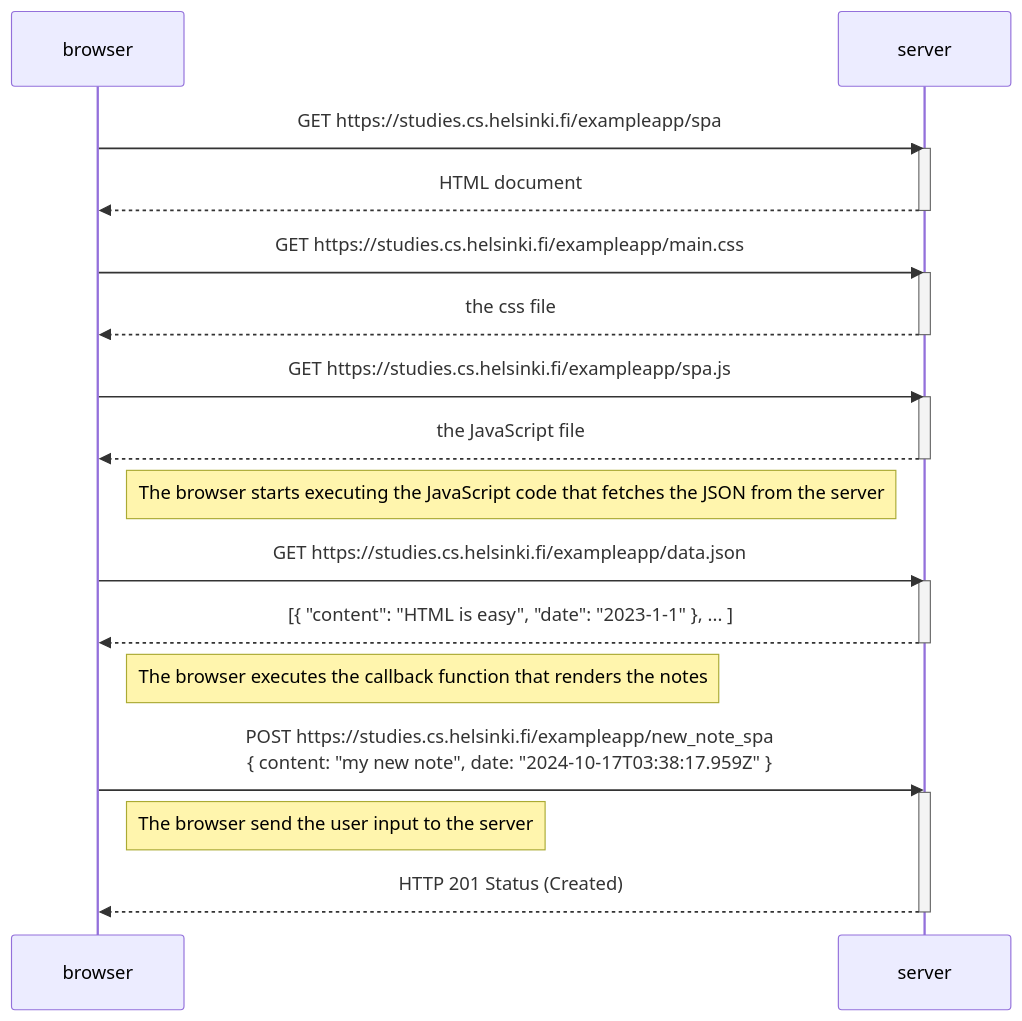
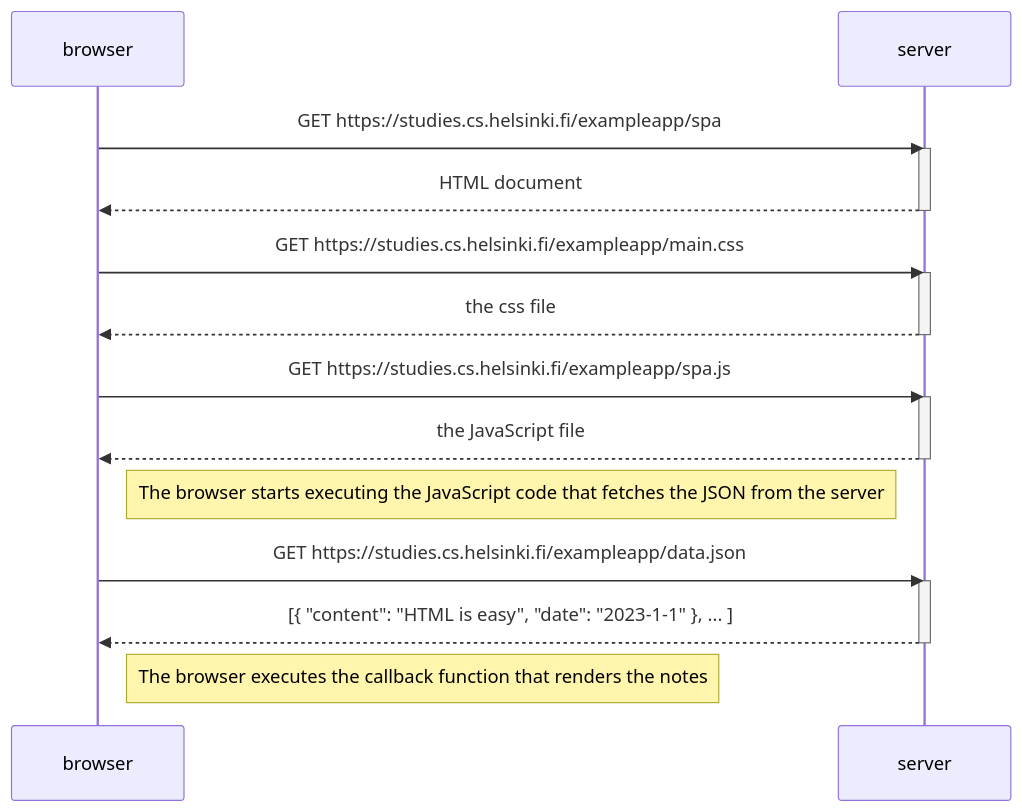
The diagram in part0/05-single-page-app-diagram/sequence-diagram.mmd (hnakao/full-stack-open), drawn with Mermaid before and after one commit.

Commit message:
Remove step from diagram

```diff
--- a/part0/05-single-page-app-diagram/sequence-diagram.mmd
+++ b/part0/05-single-page-app-diagram/sequence-diagram.mmd
@@ -1,35 +1,27 @@
 sequenceDiagram
     participant browser
     participant server
 
     browser->>server: GET https://studies.cs.helsinki.fi/exampleapp/spa
     activate server    
     server-->>browser: HTML document
     deactivate server
 
     browser->>server: GET https://studies.cs.helsinki.fi/exampleapp/main.css
     activate server
     server-->>browser: the css file
     deactivate server
 
     browser->>server: GET https://studies.cs.helsinki.fi/exampleapp/spa.js
     activate server
     server-->>browser: the JavaScript file
     deactivate server
 
     Note right of browser: The browser starts executing the JavaScript code that fetches the JSON from the server
 
     browser->>server: GET https://studies.cs.helsinki.fi/exampleapp/data.json
     activate server
     server-->>browser: [{ "content": "HTML is easy", "date": "2023-1-1" }, ... ]
     deactivate server
 
     Note right of browser: The browser executes the callback function that renders the notes
-
-    browser->>server: POST https://studies.cs.helsinki.fi/exampleapp/new_note_spa <br/> { content: "my new note", date: "2024-10-17T03:38:17.959Z" }
-    activate server
-
-    Note right of browser: The browser send the user input to the server
-
-    server-->>browser: HTTP 201 Status (Created)
-    deactivate server
```
